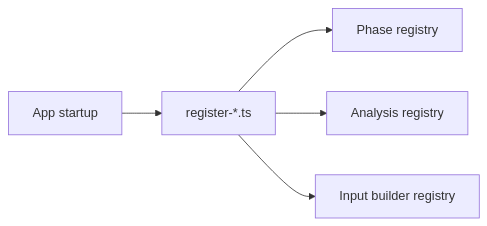
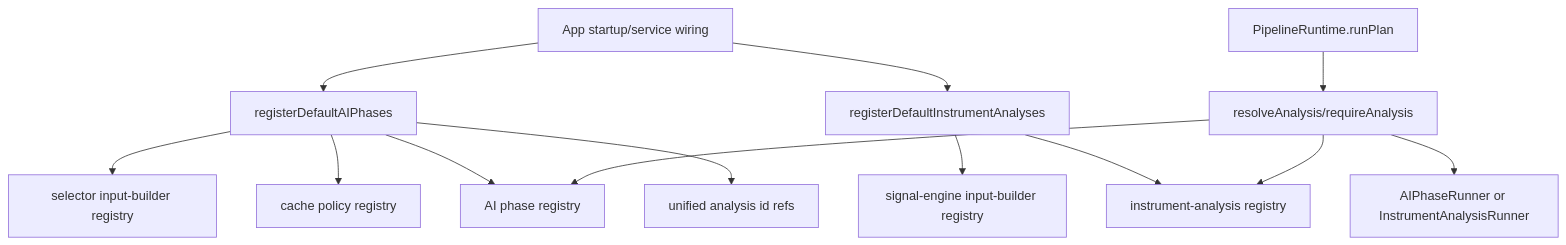
Before and after one commit to KennethAtchon/Exva: the diagram in electron/main/services/pipeline/implementations/registry/README.md, drawn with Mermaid. The commit also changed other lines of this file and 40 other files, not shown here.

````diff
--- a/electron/main/services/pipeline/implementations/registry/README.md
+++ b/electron/main/services/pipeline/implementations/registry/README.md
@@ -14,7 +19,18 @@
 ```mermaid
-flowchart LR
-    BOOT[App startup] --> REG[register-*.ts]
-    REG --> PHASES[Phase registry]
-    REG --> ANALYSES[Analysis registry]
-    REG --> BUILDERS[Input builder registry]
+flowchart TD
+    Startup[App startup/service wiring] --> RegisterPhases[registerDefaultAIPhases]
+    Startup --> RegisterAnalyses[registerDefaultInstrumentAnalyses]
+
+    RegisterPhases --> SelectorInputs[selector input-builder registry]
+    RegisterPhases --> CachePolicies[cache policy registry]
+    RegisterPhases --> PhaseRegistry[AI phase registry]
+    RegisterPhases --> UnifiedRefs[unified analysis id refs]
+
+    RegisterAnalyses --> EngineInputs[signal-engine input-builder registry]
+    RegisterAnalyses --> AnalysisRegistry[instrument-analysis registry]
+
+    Runtime[PipelineRuntime.runPlan] --> Resolver[resolveAnalysis/requireAnalysis]
+    Resolver --> PhaseRegistry
+    Resolver --> AnalysisRegistry
+    Resolver --> Dispatcher[AIPhaseRunner or InstrumentAnalysisRunner]
 ```
````
